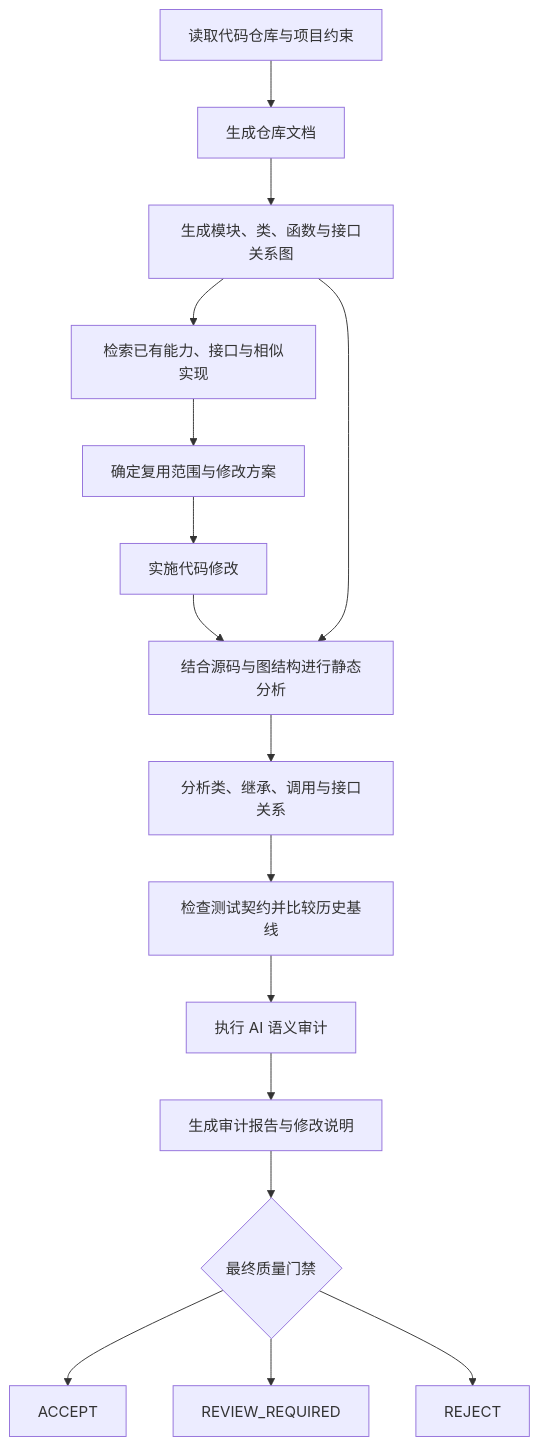
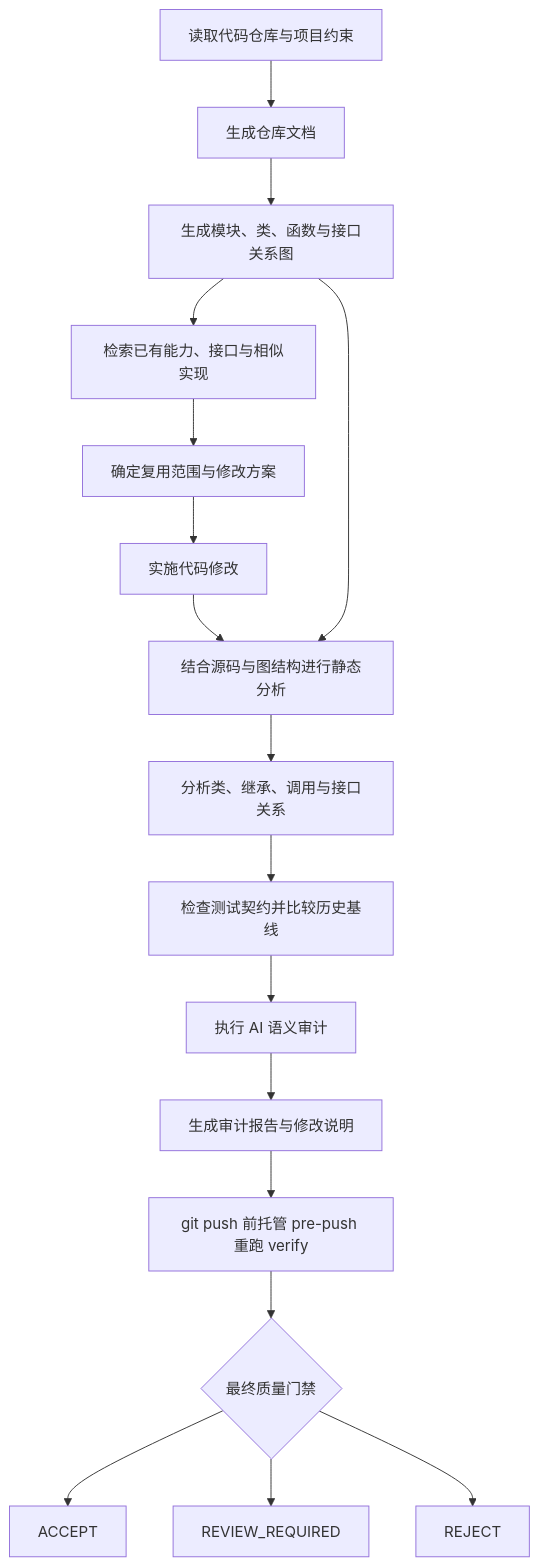
The first of 2 diagrams in README_zh.md (shijunfeng00/repository-quality-guard), drawn with Mermaid before and after one commit. The commit also changed other lines of this file and 8 other files, not shown here.

````diff
--- a/README_zh.md
+++ b/README_zh.md
@@ -47,26 +48,27 @@
 ```mermaid
 flowchart TD
     A[读取代码仓库与项目约束]
     B[生成仓库文档]
     C[生成模块、类、函数与接口关系图]
     D[检索已有能力、接口与相似实现]
     E[确定复用范围与修改方案]
     F[实施代码修改]
     G[结合源码与图结构进行静态分析]
     H[分析类、继承、调用与接口关系]
     I[检查测试契约并比较历史基线]
     J[执行 AI 语义审计]
     K[生成审计报告与修改说明]
+    P[git push 前托管 pre-push 重跑 verify]
     L{最终质量门禁}
     M[ACCEPT]
     N[REVIEW_REQUIRED]
     O[REJECT]
 
     A --> B --> C --> D --> E --> F
     F --> G
     C --> G
-    G --> H --> I --> J --> K --> L
+    G --> H --> I --> J --> K --> P --> L
     L --> M
     L --> N
     L --> O
 ```
````
